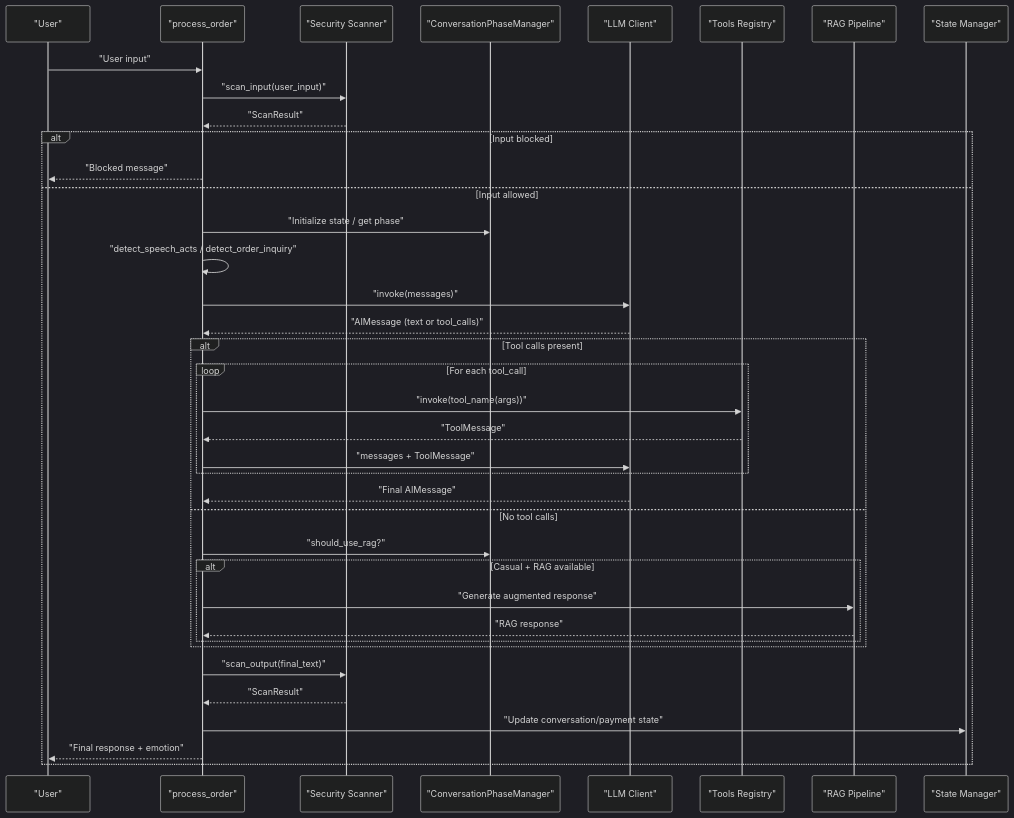
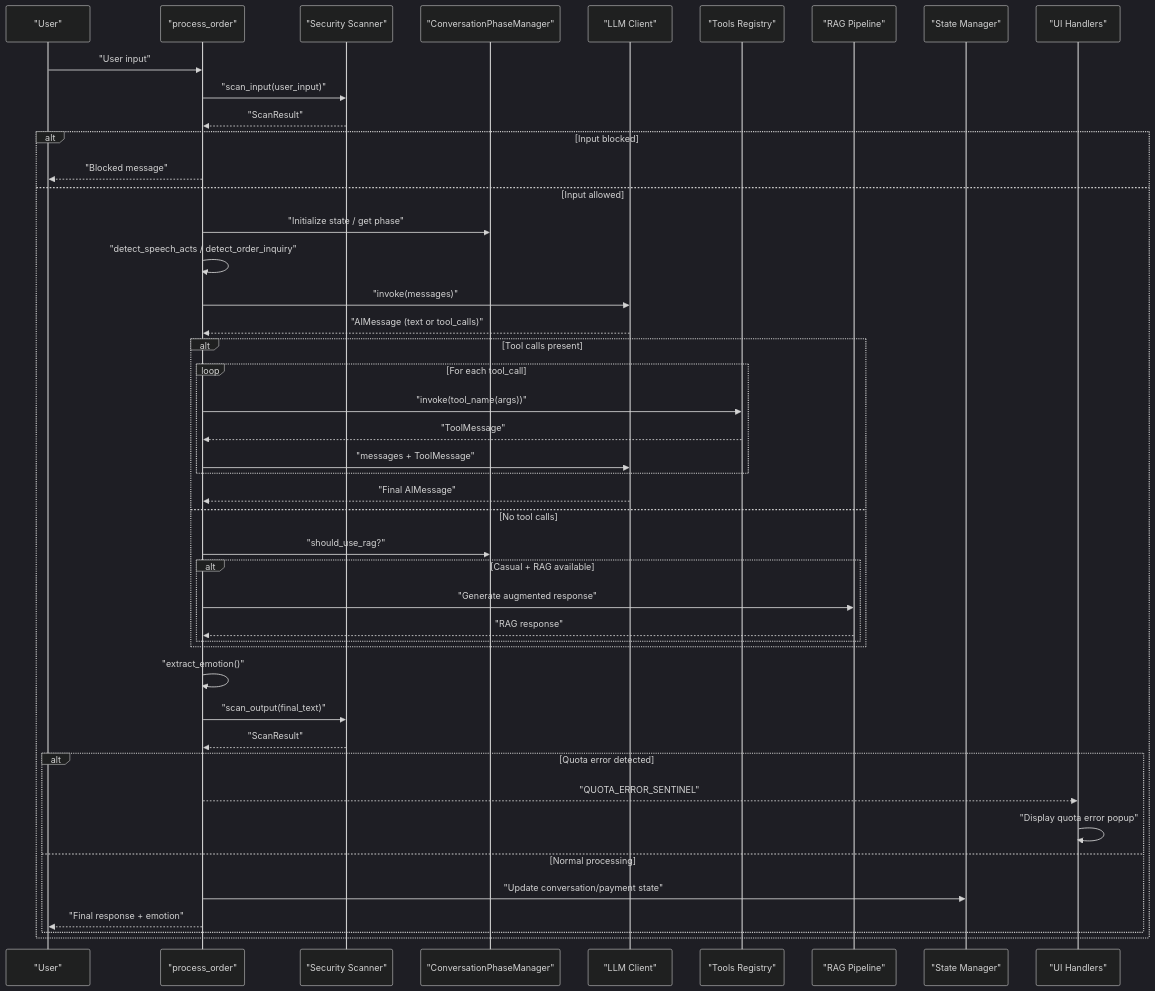
One commit to MOK-5-ha/MayaMCP changed the second of 14 diagrams in .qoder/repowiki/en/content/Conversation Processing System/Conversation Processing System.md. Above: the diagram before and after it, drawn with Mermaid (dark theme). The commit also changed other lines of this file and 27 other files, not shown here.

````diff
--- a/.qoder/repowiki/en/content/Conversation Processing System/Conversation Processing System.md
+++ b/.qoder/repowiki/en/content/Conversation Processing System/Conversation Processing System.md
@@ -127,40 +157,47 @@
 ```mermaid
 sequenceDiagram
 participant U as "User"
 participant P as "process_order"
 participant SEC as "Security Scanner"
 participant PM as "ConversationPhaseManager"
 participant LLM as "LLM Client"
 participant T as "Tools Registry"
 participant R as "RAG Pipeline"
 participant S as "State Manager"
+participant UI as "UI Handlers"
 U->>P : "User input"
 P->>SEC : "scan_input(user_input)"
 SEC-->>P : "ScanResult"
 alt Input blocked
 P-->>U : "Blocked message"
 else Input allowed
 P->>PM : "Initialize state / get phase"
 P->>P : "detect_speech_acts / detect_order_inquiry"
 P->>LLM : "invoke(messages)"
 LLM-->>P : "AIMessage (text or tool_calls)"
 alt Tool calls present
 loop For each tool_call
 P->>T : "invoke(tool_name(args))"
 T-->>P : "ToolMessage"
 P->>LLM : "messages + ToolMessage"
 end
 LLM-->>P : "Final AIMessage"
 else No tool calls
 P->>PM : "should_use_rag?"
 alt Casual + RAG available
 P->>R : "Generate augmented response"
 R-->>P : "RAG response"
 end
 end
+P->>P : "extract_emotion()"
 P->>SEC : "scan_output(final_text)"
 SEC-->>P : "ScanResult"
+alt Quota error detected
+P-->>UI : "QUOTA_ERROR_SENTINEL"
+UI->>UI : "Display quota error popup"
+else Normal processing
 P->>S : "Update conversation/payment state"
 P-->>U : "Final response + emotion"
 end
+end
 ```
````
